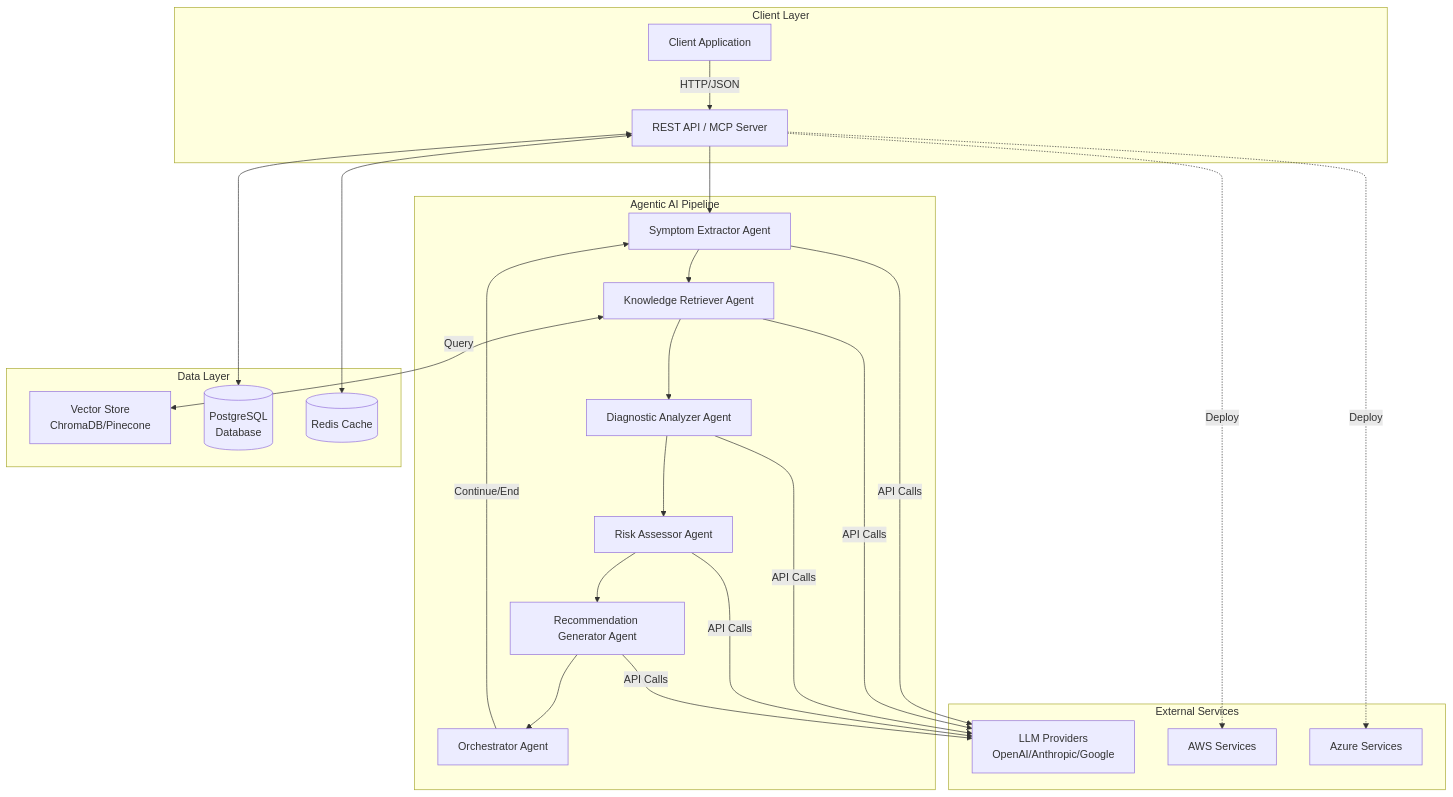
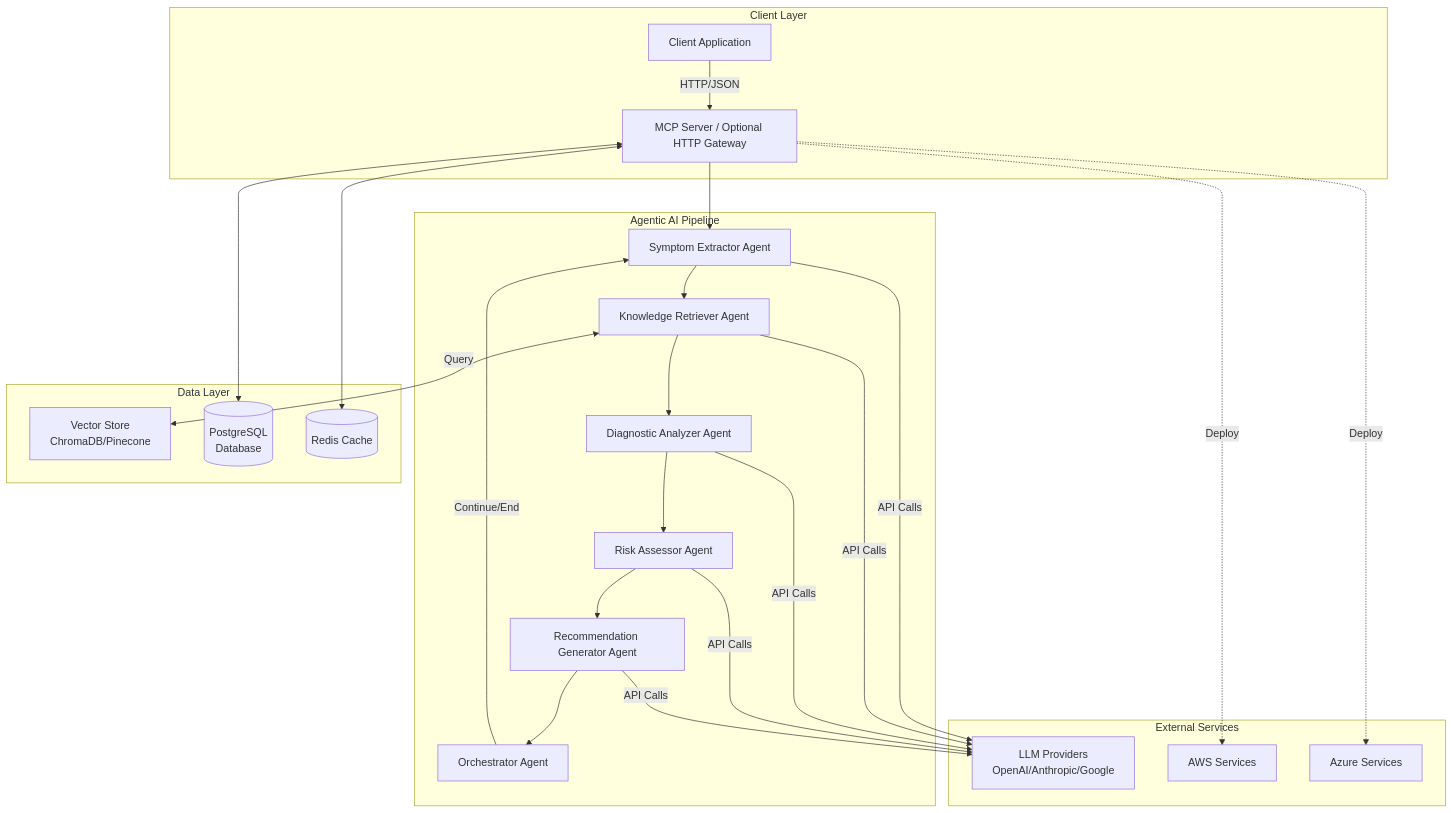
One commit to hoangsonww/SymptomSync-Health-App changed the first of 5 diagrams in agentic_ai/README.md. Above: the diagram before and after it, drawn with Mermaid. The commit also changed other lines of this file and 56 other files, not shown here.

Commit message:
refactor: Reorganize imports and update MCP server configuration for improved clarity and functionality

````diff
--- a/agentic_ai/README.md
+++ b/agentic_ai/README.md
@@ -32,45 +34,45 @@
 ```mermaid
 graph TB
     subgraph "Client Layer"
         Client[Client Application]
-        API[REST API / MCP Server]
+        API[MCP Server / Optional HTTP Gateway]
     end
 
     subgraph "Agentic AI Pipeline"
         SE[Symptom Extractor Agent]
         KR[Knowledge Retriever Agent]
         DA[Diagnostic Analyzer Agent]
         RA[Risk Assessor Agent]
         RG[Recommendation Generator Agent]
         ORC[Orchestrator Agent]
     end
 
     subgraph "Data Layer"
         VS[Vector Store<br/>ChromaDB/Pinecone]
         DB[(PostgreSQL<br/>Database)]
         Cache[(Redis Cache)]
     end
 
     subgraph "External Services"
         LLM[LLM Providers<br/>OpenAI/Anthropic/Google]
         AWS[AWS Services]
         Azure[Azure Services]
     end
 
     Client -->|HTTP/JSON| API
     API --> SE
     SE --> KR
     KR --> DA
     DA --> RA
     RA --> RG
     RG --> ORC
     ORC -->|Continue/End| SE
 
     KR <-->|Query| VS
     API <--> DB
     API <--> Cache
     SE & KR & DA & RA & RG -->|API Calls| LLM
 
     API -.->|Deploy| AWS
     API -.->|Deploy| Azure
 ```
````
